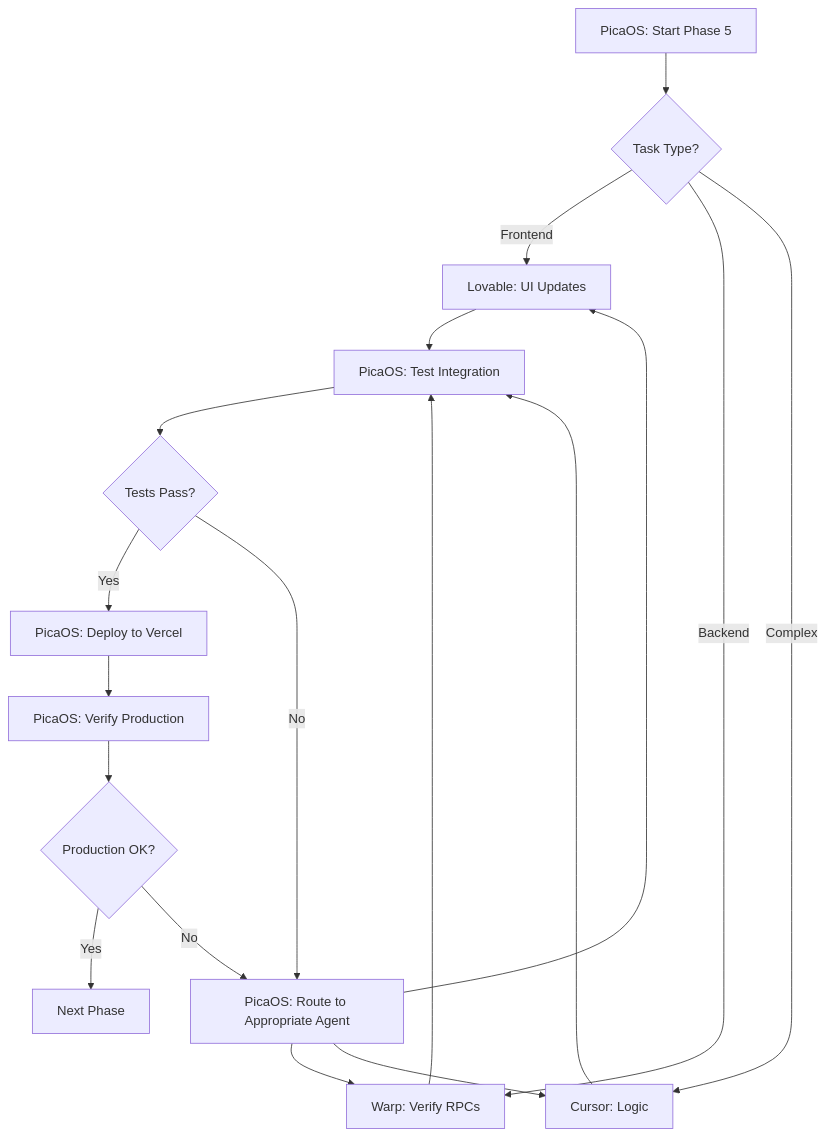
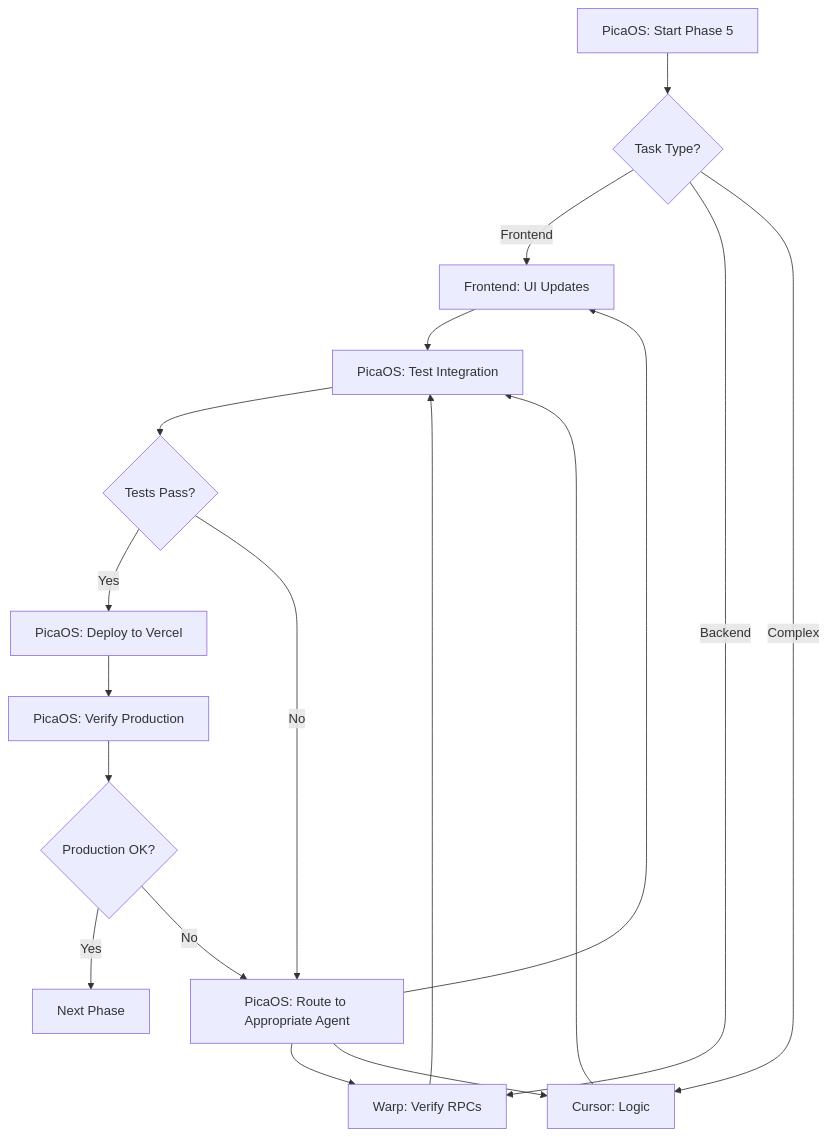
One commit to Greenmamba29/institutional-canvas changed the diagram in PICA_OS_WORKFLOW.md. Above: the diagram before and after it, drawn with Mermaid. The commit also changed other lines of this file and 73 other files, not shown here.

````diff
--- a/PICA_OS_WORKFLOW.md
+++ b/PICA_OS_WORKFLOW.md
@@ -75,24 +75,24 @@
 ```mermaid
 graph TD
     A[PicaOS: Start Phase 5] --> B{Task Type?}
-    B -->|Frontend| C[Lovable: UI Updates]
+    B -->|Frontend| C[Frontend: UI Updates]
     B -->|Backend| D[Warp: Verify RPCs]
     B -->|Complex| E[Cursor: Logic]
     
     C --> F[PicaOS: Test Integration]
     D --> F
     E --> F
     
     F --> G{Tests Pass?}
     G -->|Yes| H[PicaOS: Deploy to Vercel]
     G -->|No| I[PicaOS: Route to Appropriate Agent]
     
     I --> C
     I --> D
     I --> E
     
     H --> J[PicaOS: Verify Production]
     J --> K{Production OK?}
     K -->|Yes| L[Next Phase]
     K -->|No| I
 ```
````
